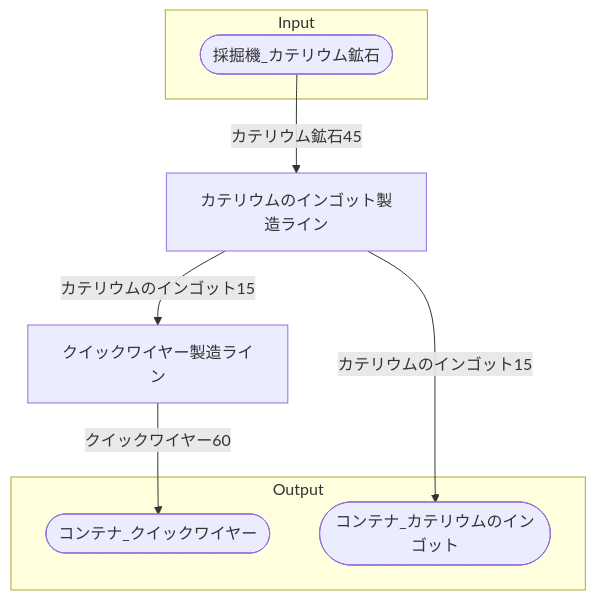
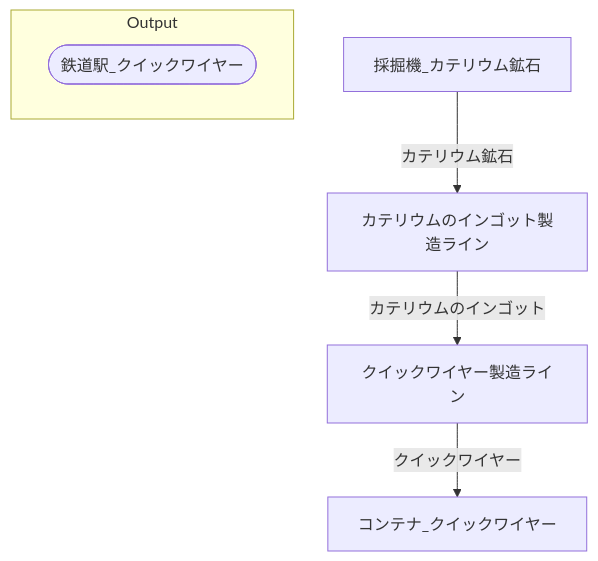
The diagram in 40_FactoryBuilding/初期一時カテリウム工場/30_全体製造ライン設計書/全体製造ライン設計書_初期一時カテリウム工場.md (Suzuran-Amano/SatisfactoryTaskEfficiency), drawn with Mermaid before and after one commit. The commit also changed other lines of this file and 14 other files, not shown here.

````diff
--- a/40_FactoryBuilding/初期一時カテリウム工場/30_全体製造ライン設計書/全体製造ライン設計書_初期一時カテリウム工場.md
+++ b/40_FactoryBuilding/初期一時カテリウム工場/30_全体製造ライン設計書/全体製造ライン設計書_初期一時カテリウム工場.md
@@ -48,19 +55,13 @@
 ```mermaid
 flowchart TD
-subgraph Input
-    採掘機_カテリウム鉱石([採掘機_カテリウム鉱石])
-end
-
 カテリウムのインゴット製造ライン
 クイックワイヤー製造ライン
 
 subgraph Output
-    コンテナ_クイックワイヤー([コンテナ_クイックワイヤー])
-    コンテナ_カテリウムのインゴット([コンテナ_カテリウムのインゴット])
+    鉄道駅_クイックワイヤー([鉄道駅_クイックワイヤー])
 end
 
-採掘機_カテリウム鉱石-->|カテリウム鉱石45|カテリウムのインゴット製造ライン
-カテリウムのインゴット製造ライン-->|カテリウムのインゴット15|クイックワイヤー製造ライン
-カテリウムのインゴット製造ライン-->|カテリウムのインゴット15|コンテナ_カテリウムのインゴット
-クイックワイヤー製造ライン-->|クイックワイヤー60|コンテナ_クイックワイヤー
+採掘機_カテリウム鉱石-->|カテリウム鉱石|カテリウムのインゴット製造ライン
+カテリウムのインゴット製造ライン-->|カテリウムのインゴット|クイックワイヤー製造ライン
+クイックワイヤー製造ライン-->|クイックワイヤー|コンテナ_クイックワイヤー
 ```
````
